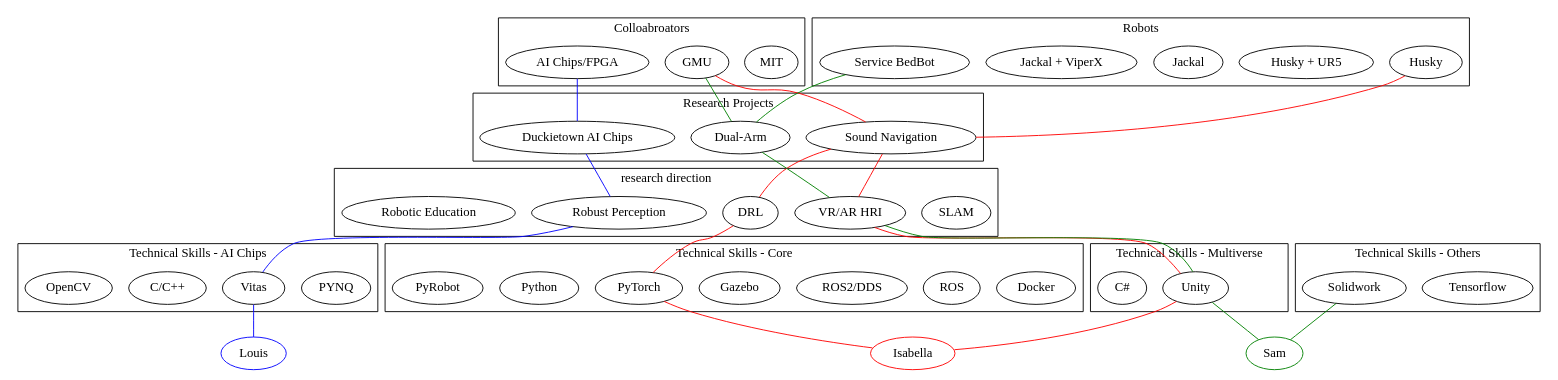
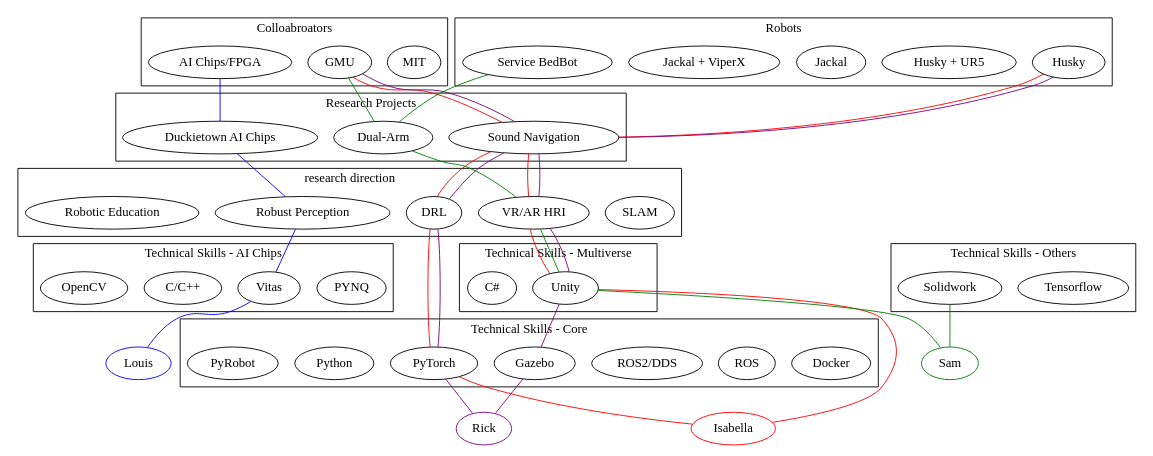
The diagram in research_tree_lab.dot (ARG-NCTU/robotics-skill-tree), drawn with Graphviz before and after one commit.

Commit message:
rick_skill_tree

```diff
--- a/research_tree_lab.dot
+++ b/research_tree_lab.dot
@@ -1,59 +1,63 @@
 
 graph {
 subgraph cluster_A {
 label = "Colloabroators" ;
 "MIT" "GMU" "AI Chips/FPGA"
 }
 
 subgraph cluster_A1 {
 label = "Robots" ;
 "Husky" "Husky + UR5" "Jackal" "Jackal + ViperX" "Service BedBot"
 }
 
 subgraph cluster_B{
 label = "Research Projects" ;
 "Duckietown AI Chips" "Sound Navigation" "Dual-Arm"
 
 }
 
 subgraph cluster_C{
 label = "research direction";
 "SLAM" "DRL" "Robust Perception" "VR/AR HRI" "Robotic Education"
 }
 
 subgraph cluster_D{
 label = "Technical Skills - Core" ;
 "Docker" "ROS" "ROS2/DDS" "Gazebo" "PyTorch" "Python" "PyRobot"
 }
 
 subgraph cluster_D1{
 label = "Technical Skills - Multiverse" ;
 "Unity" "C#" 
 }
 
 subgraph cluster_D2{
 label = "Technical Skills - AI Chips" ;
  "PYNQ" "Vitas" "C/C++" "OpenCV"
 }
 
 subgraph cluster_D3{
 label = "Technical Skills - Others" ;
 "ROS" "ROS2/DDS" "Tensorflow" "Solidwork" 
 }
 
 "Isabella" [color=red];
 "GMU" -- "Sound Navigation" -- "VR/AR HRI" -- "Unity" -- "Isabella"[color=red];
 "Husky" --  "Sound Navigation" -- "DRL" -- "PyTorch" -- "Isabella"[color=red];
 
 
 "Sam" [color=green];
 "GMU" -- "Dual-Arm" -- "VR/AR HRI" -- "Unity" -- "Sam"[color=green];
 "Service BedBot" --  "Dual-Arm" [color=green]; 
 "Solidwork" -- "Sam"[color=green];
 
 "Louis" [color=blue];
 "AI Chips/FPGA" -- "Duckietown AI Chips" -- "Robust Perception" -- "Vitas" -- "Louis"[color=blue];
 
+"Rick" [color=purple];
+"GMU" -- "Sound Navigation" -- "VR/AR HRI" -- "Unity" -- "Gazebo" -- "Rick"[color=purple];
+"Husky" --  "Sound Navigation" -- "DRL" -- "PyTorch" -- "Rick"[color=purple];
+
 
 
 }
```
